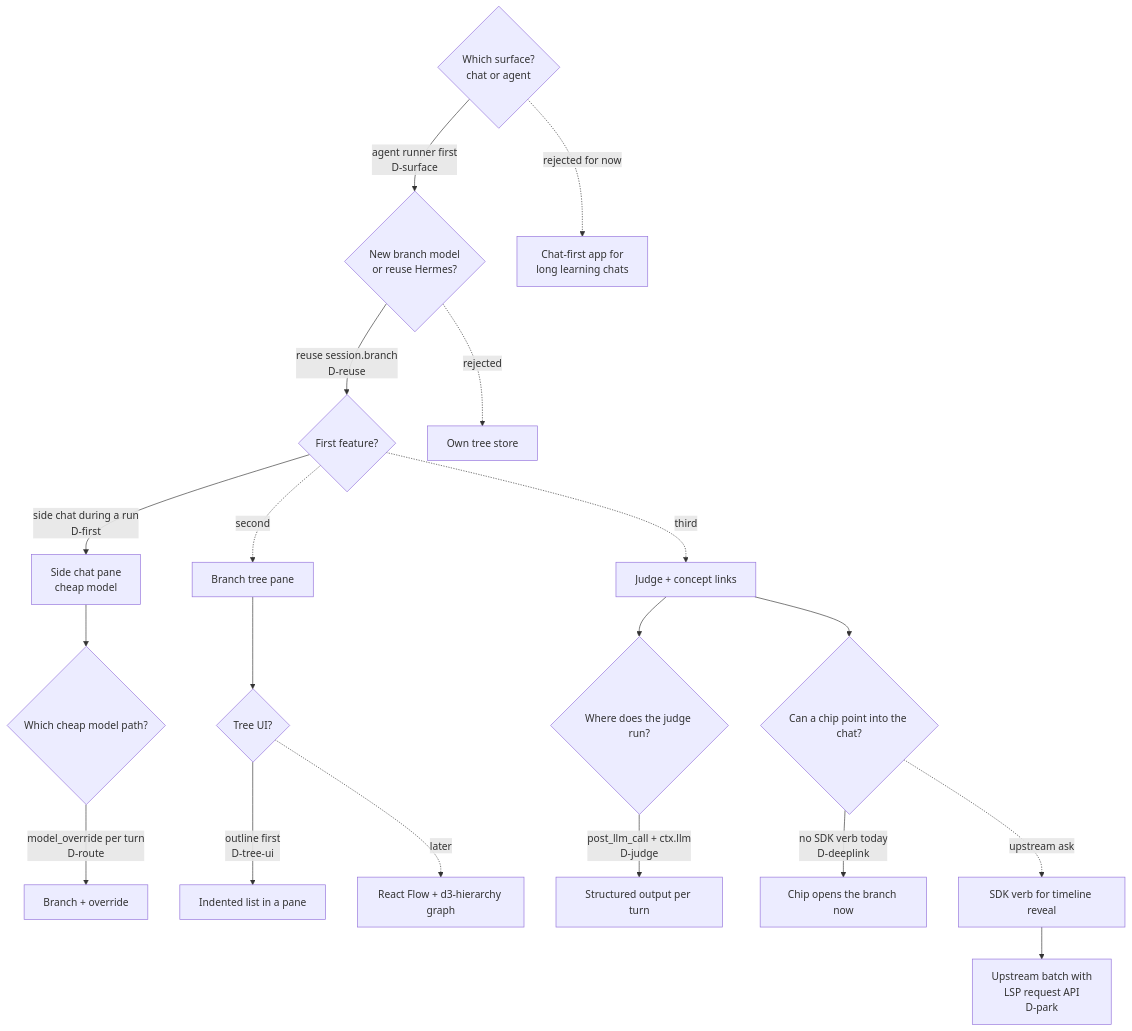
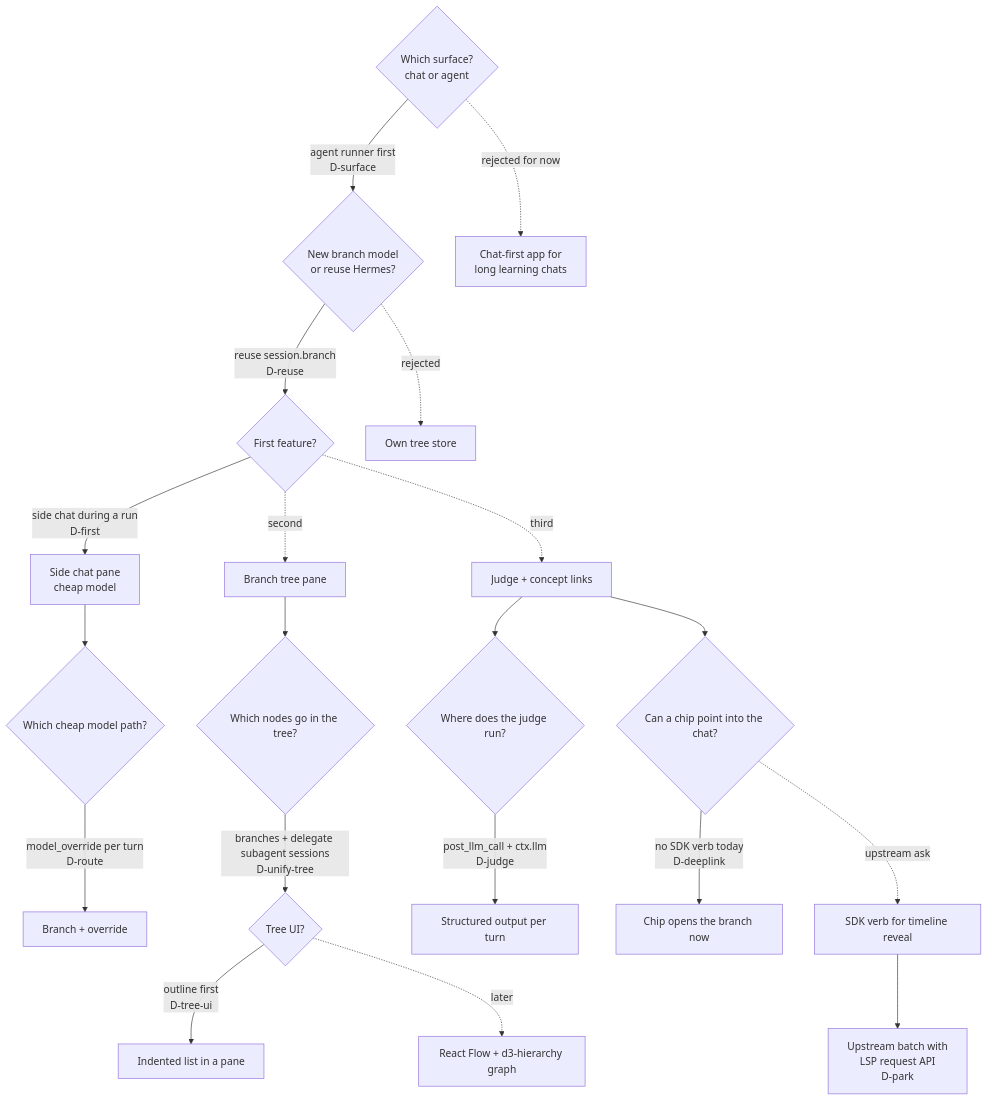
The diagram in docs/research/2026-11-11-chat-tree/README.md (Ronitron007/hermes-chat-tree), drawn with Mermaid before and after one commit. The commit also changed other lines of this file and 1 other file, not shown here.

Commit message:
docs(research): reconcile chat-tree research with the second agent [skip ci]

````diff
--- a/docs/research/2026-11-11-chat-tree/README.md
+++ b/docs/research/2026-11-11-chat-tree/README.md
@@ -23,24 +23,26 @@
 ```mermaid
 flowchart TD
   Q0{Which surface?<br/>chat or agent}
   Q0 -->|agent runner first<br/>D-surface| Q1
   Q0 -.->|rejected for now| X0[Chat-first app for<br/>long learning chats]
   Q1{New branch model<br/>or reuse Hermes?}
   Q1 -->|reuse session.branch<br/>D-reuse| Q2
   Q1 -.->|rejected| X1[Own tree store]
   Q2{First feature?}
   Q2 -->|side chat during a run<br/>D-first| F1[Side chat pane<br/>cheap model]
   Q2 -.->|second| F2[Branch tree pane]
   Q2 -.->|third| F3[Judge + concept links]
   F1 --> Q3{Which cheap model path?}
   Q3 -->|model_override per turn<br/>D-route| F1a[Branch + override]
-  F2 --> Q4{Tree UI?}
+  F2 --> Q7{Which nodes go in the tree?}
+  Q7 -->|branches + delegate subagent sessions<br/>D-unify-tree| Q4
+  Q4{Tree UI?}
   Q4 -->|outline first<br/>D-tree-ui| F2a[Indented list in a pane]
   Q4 -.->|later| F2b[React Flow + d3-hierarchy graph]
   F3 --> Q5{Where does the judge run?}
   Q5 -->|post_llm_call + ctx.llm<br/>D-judge| F3a[Structured output per turn]
   F3 --> Q6{Can a chip point into the chat?}
   Q6 -->|no SDK verb today<br/>D-deeplink| F3b[Chip opens the branch now]
   Q6 -.->|upstream ask| U1[SDK verb for timeline reveal]
   U1 --> U2[Upstream batch with<br/>LSP request API<br/>D-park]
 ```
````
